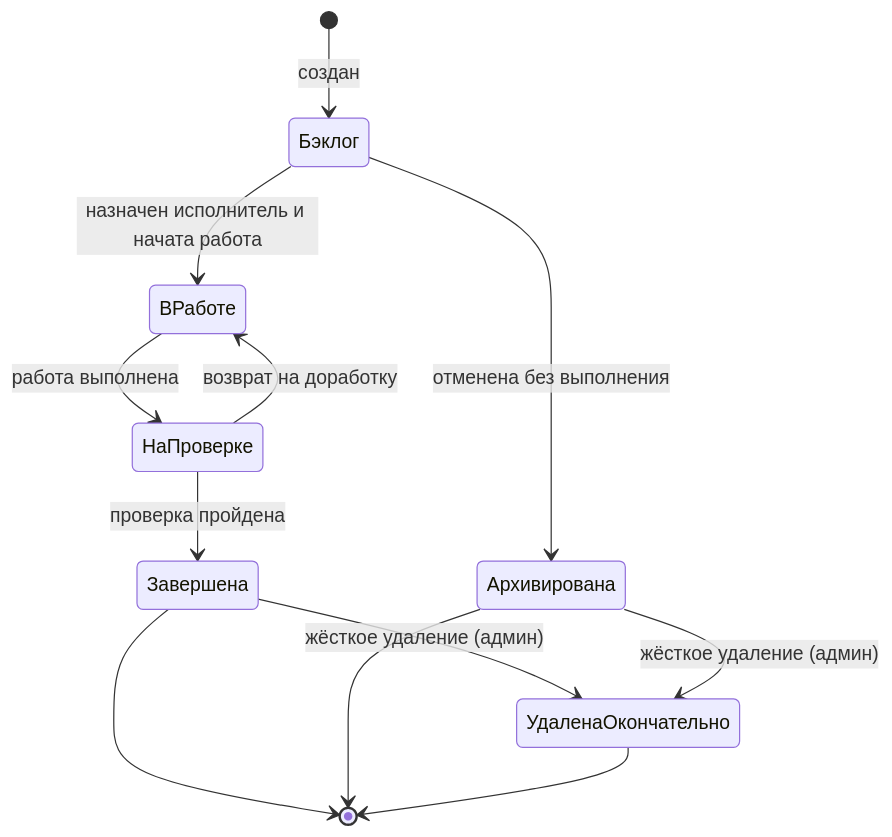
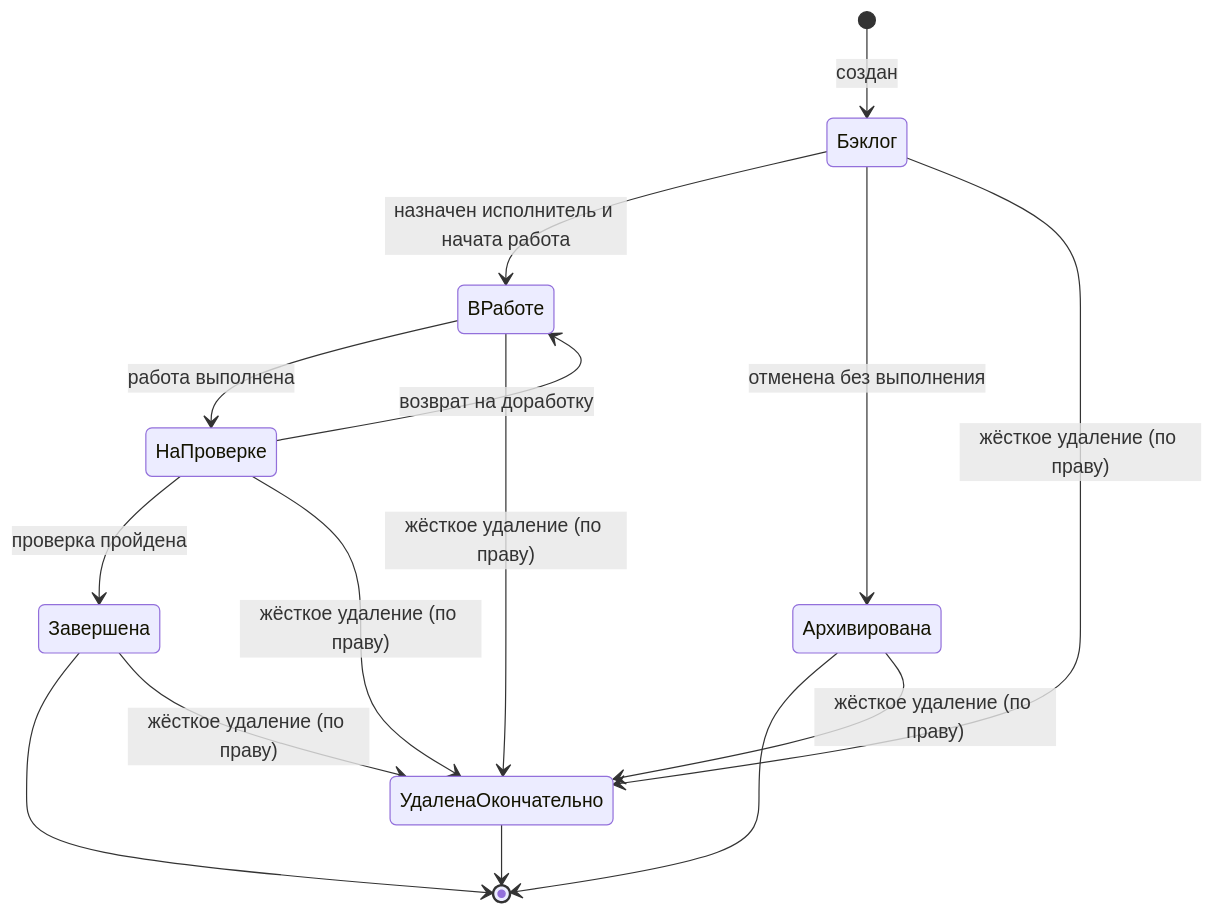
The first of 3 diagrams in task-tracker/docs/block-b-domain-analysis/050.entities.md (MEPhI-C22-501/arch-info-system-monorepo), drawn with Mermaid before and after one commit. The commit also changed other lines of this file and 35 other files, not shown here.

````diff
--- a/task-tracker/docs/block-b-domain-analysis/050.entities.md
+++ b/task-tracker/docs/block-b-domain-analysis/050.entities.md
@@ -25,14 +25,17 @@
 ```mermaid
 stateDiagram-v2
     [*] --> Бэклог: создан
     Бэклог --> ВРаботе: назначен исполнитель и начата работа
     ВРаботе --> НаПроверке: работа выполнена
     НаПроверке --> ВРаботе: возврат на доработку
     НаПроверке --> Завершена: проверка пройдена
     Бэклог --> Архивирована: отменена без выполнения
     Завершена --> [*]
     Архивирована --> [*]
-    Завершена --> УдаленаОкончательно: жёсткое удаление (админ)
-    Архивирована --> УдаленаОкончательно: жёсткое удаление (админ)
+    Бэклог --> УдаленаОкончательно: жёсткое удаление (по праву)
+    ВРаботе --> УдаленаОкончательно: жёсткое удаление (по праву)
+    НаПроверке --> УдаленаОкончательно: жёсткое удаление (по праву)
+    Завершена --> УдаленаОкончательно: жёсткое удаление (по праву)
+    Архивирована --> УдаленаОкончательно: жёсткое удаление (по праву)
     УдаленаОкончательно --> [*]
 ```
````
